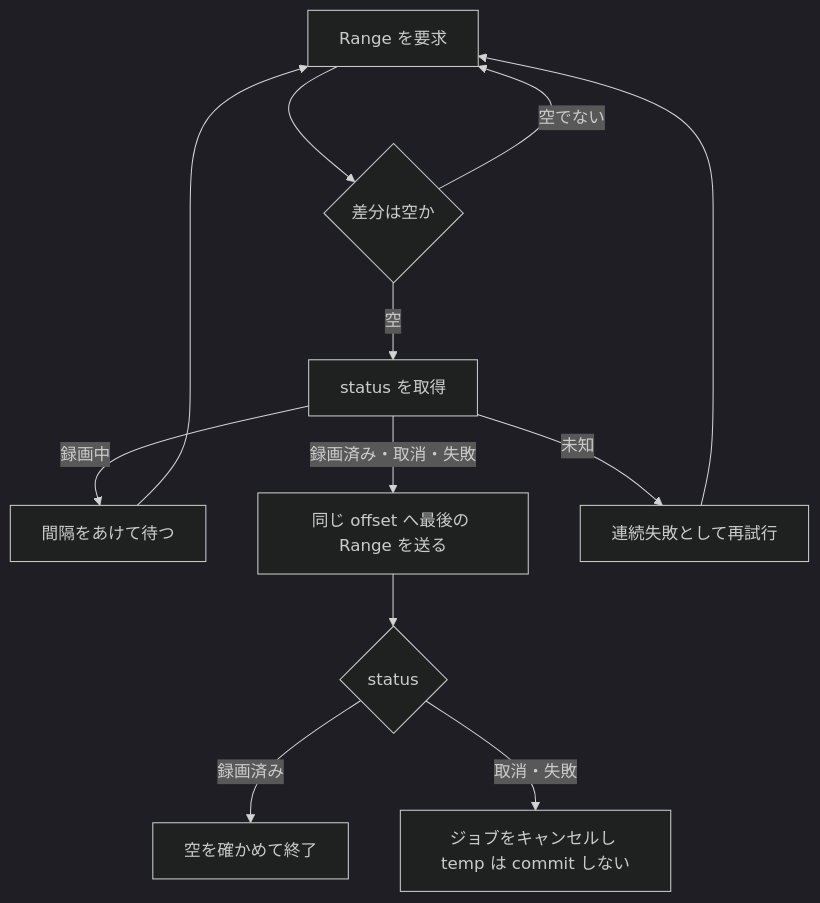
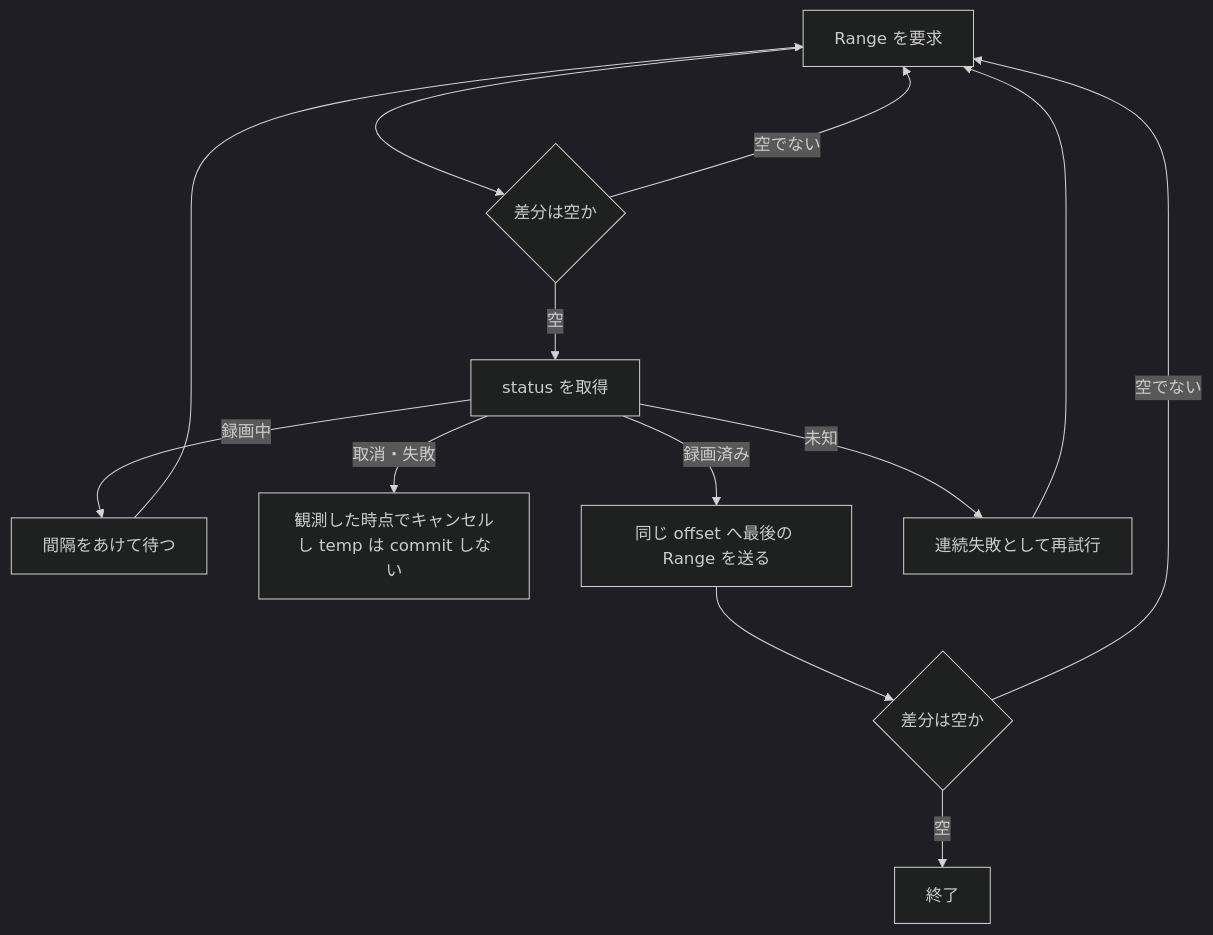
The first of 3 diagrams in docs/recording/ingest.md (fetburner/rokuban), drawn with Mermaid (dark theme) before and after one commit. The commit also changed other lines of this file and 19 other files, not shown here.

Commit message:
K-19 レビュー指摘: 意味のずれ・落ちた条件・図とコードの食い違いを直す

````diff
--- a/docs/recording/ingest.md
+++ b/docs/recording/ingest.md
@@ -38,12 +38,13 @@
 ```mermaid
 flowchart TD
   A[Range を要求] --> B{差分は空か}
   B -- 空でない --> A
   B -- 空 --> C[status を取得]
   C -- 録画中 --> D[間隔をあけて待つ] --> A
-  C -- 録画済み・取消・失敗 --> E[同じ offset へ最後の Range を送る]
-  E --> F{status}
-  F -- 録画済み --> G[空を確かめて終了]
-  F -- 取消・失敗 --> H[ジョブをキャンセルし temp は commit しない]
+  C -- 取消・失敗 --> H[観測した時点でキャンセルし temp は commit しない]
+  C -- 録画済み --> E[同じ offset へ最後の Range を送る]
+  E --> F{差分は空か}
+  F -- 空 --> G[終了]
+  F -- 空でない --> A
   C -- 未知 --> I[連続失敗として再試行] --> A
 ```
````
